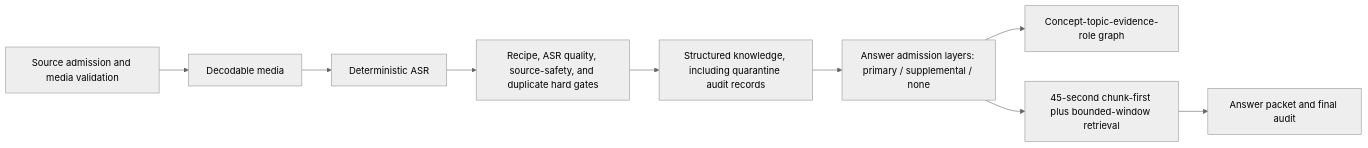
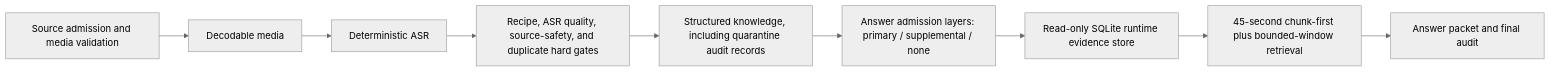
The diagram in README.en.md (MuyuanGuo/badminton-skills-coach), drawn with Mermaid (neutral theme) before and after one commit. The commit also changed other lines of this file and 136 other files, not shown here.

Commit message:
Fix architecture audit findings

```diff
--- a/README.en.md
+++ b/README.en.md
@@ -120,11 +139,11 @@
 ~~~mermaid
 flowchart LR
     B["Source admission and media validation"] --> C["Decodable media"]
     C --> D["Deterministic ASR"]
     D --> P["Recipe, ASR quality, source-safety, and duplicate hard gates"]
     P --> E["Structured knowledge, including quarantine audit records"]
     E --> A["Answer admission layers: primary / supplemental / none"]
-    A --> KG["Concept-topic-evidence-role graph"]
-    A --> F["45-second chunk-first plus bounded-window retrieval"]
+    A --> S["Read-only SQLite runtime evidence store"]
+    S --> F["45-second chunk-first plus bounded-window retrieval"]
     F --> R["Answer packet and final audit"]
 ~~~
```
